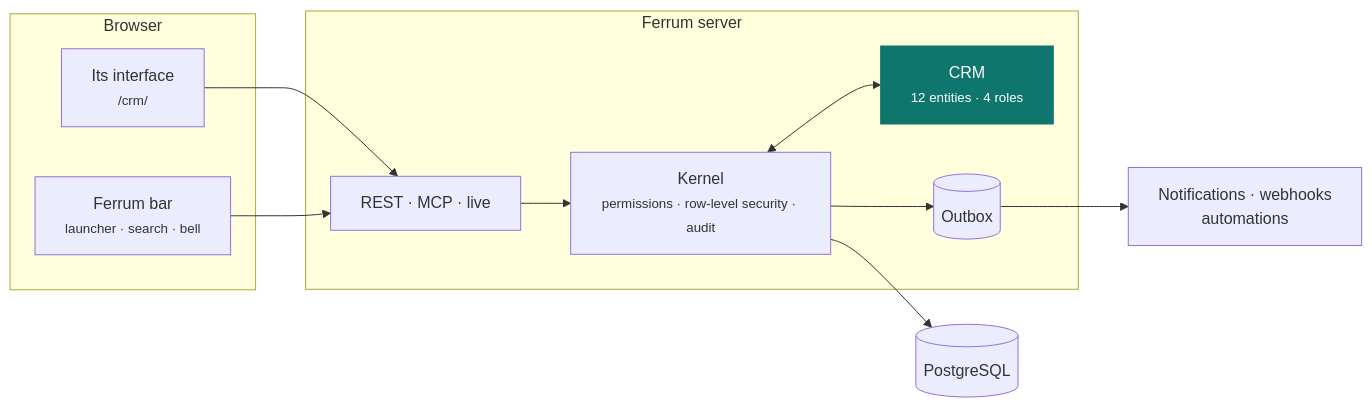
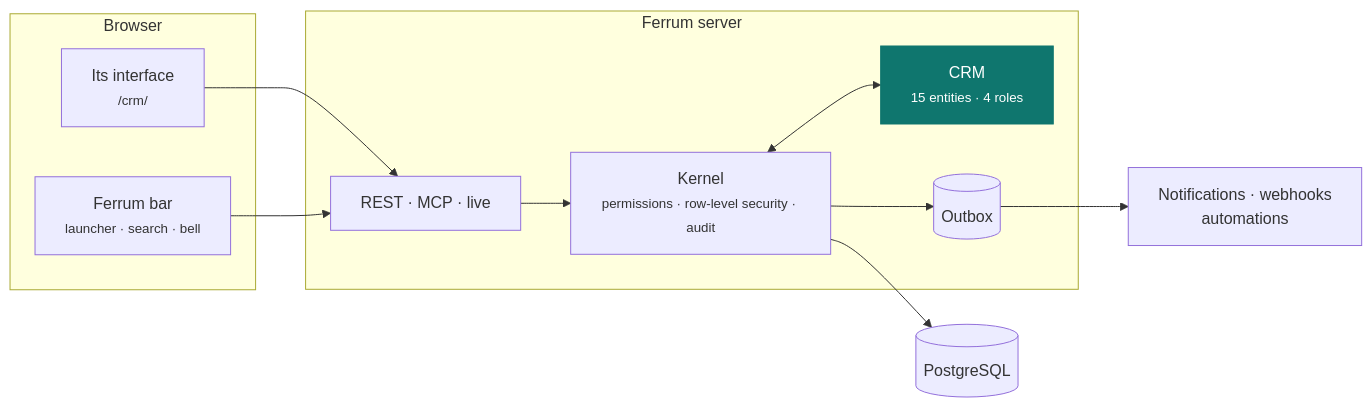
One commit to CBFerrum/ferrum-app-crm changed the second of 3 diagrams in README.md. Above: the diagram before and after it, drawn with Mermaid. The commit also changed other lines of this file and 2 other files, not shown here.

Commit message:
CRM 0.9.0: leads shared out by rules, reminders so nothing slips, and a manager's month-end reports

````diff
--- a/README.md
+++ b/README.md
@@ -116,21 +116,21 @@
 ```mermaid
 flowchart LR
     subgraph Browser
         UI["Its interface<br/><small>/crm/</small>"]
         BAR["Ferrum bar<br/><small>launcher · search · bell</small>"]
     end
     subgraph Server["Ferrum server"]
         API["REST · MCP · live"]
         K["Kernel<br/><small>permissions · row-level security · audit</small>"]
-        APP["CRM<br/><small>12 entities · 4 roles</small>"]
+        APP["CRM<br/><small>15 entities · 4 roles</small>"]
         OB[("Outbox")]
     end
     DB[("PostgreSQL")]
     UI --> API --> K --> DB
     BAR --> API
     K <--> APP
     K --> OB --> EV["Notifications · webhooks<br/>automations"]
 
     classDef app fill:#0f766e,color:#fff,stroke:#0f766e
     class APP app
 ```
````
